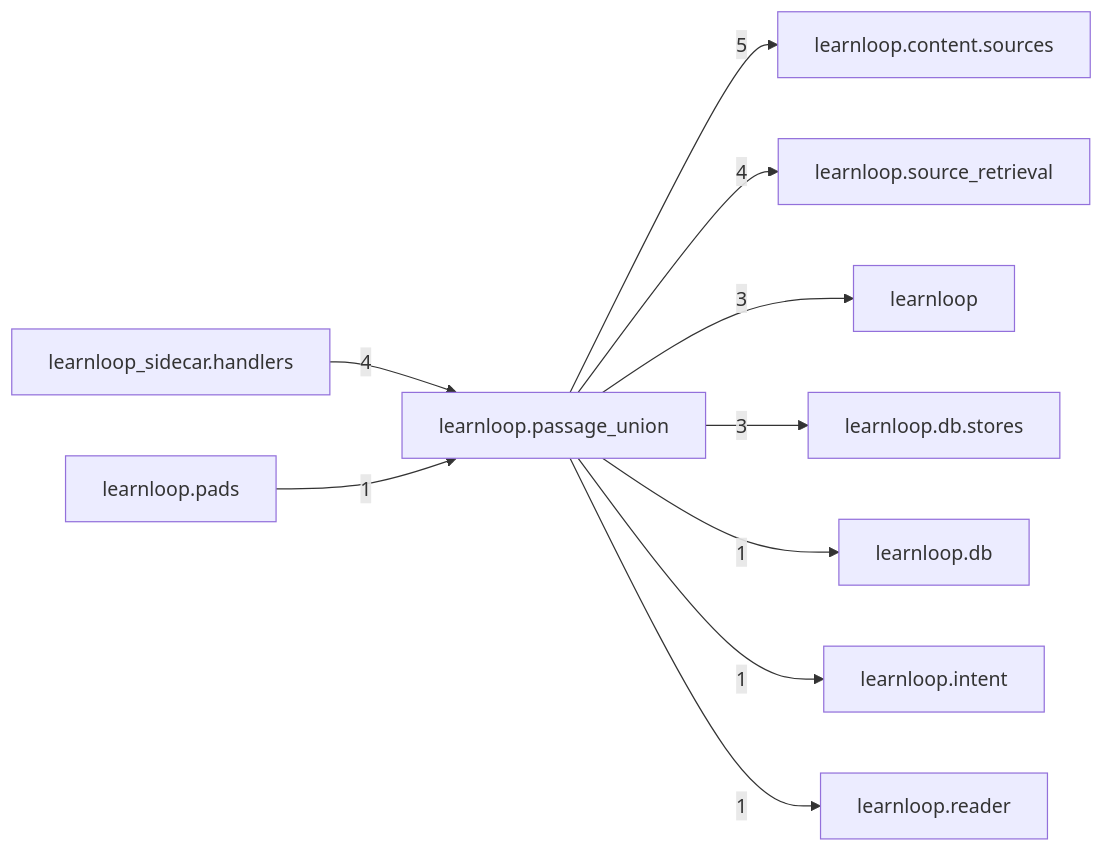
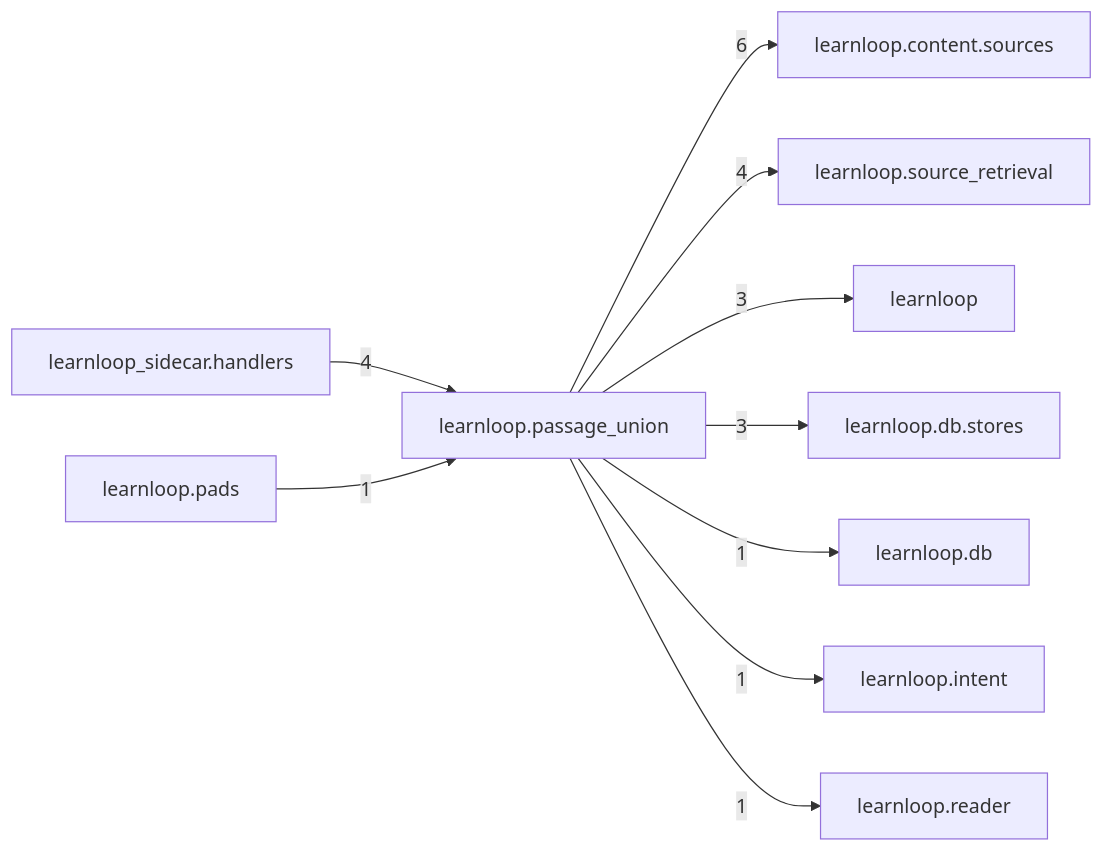
The diagram in docs/learnloop-architecture-vault/Reference/Modules/learnloop/passage_union/_package.md (6up-b/learnanything), drawn with Mermaid before and after one commit. The commit also changed other lines of this file and 27 other files, not shown here.

````diff
--- a/docs/learnloop-architecture-vault/Reference/Modules/learnloop/passage_union/_package.md
+++ b/docs/learnloop-architecture-vault/Reference/Modules/learnloop/passage_union/_package.md
@@ -76,22 +76,22 @@
 ```mermaid
 flowchart LR
     center["learnloop.passage_union"]
     n_learnloop_content_sources["learnloop.content.sources"]
     n_learnloop_source_retrieval["learnloop.source_retrieval"]
     n_learnloop_sidecar_handlers["learnloop_sidecar.handlers"]
     n_learnloop["learnloop"]
     n_learnloop_db_stores["learnloop.db.stores"]
     n_learnloop_db["learnloop.db"]
     n_learnloop_intent["learnloop.intent"]
     n_learnloop_pads["learnloop.pads"]
     n_learnloop_reader["learnloop.reader"]
-    center -->|5| n_learnloop_content_sources
+    center -->|6| n_learnloop_content_sources
     center -->|4| n_learnloop_source_retrieval
     n_learnloop_sidecar_handlers -->|4| center
     center -->|3| n_learnloop
     center -->|3| n_learnloop_db_stores
     center -->|1| n_learnloop_db
     center -->|1| n_learnloop_intent
     n_learnloop_pads -->|1| center
     center -->|1| n_learnloop_reader
 ```
````
